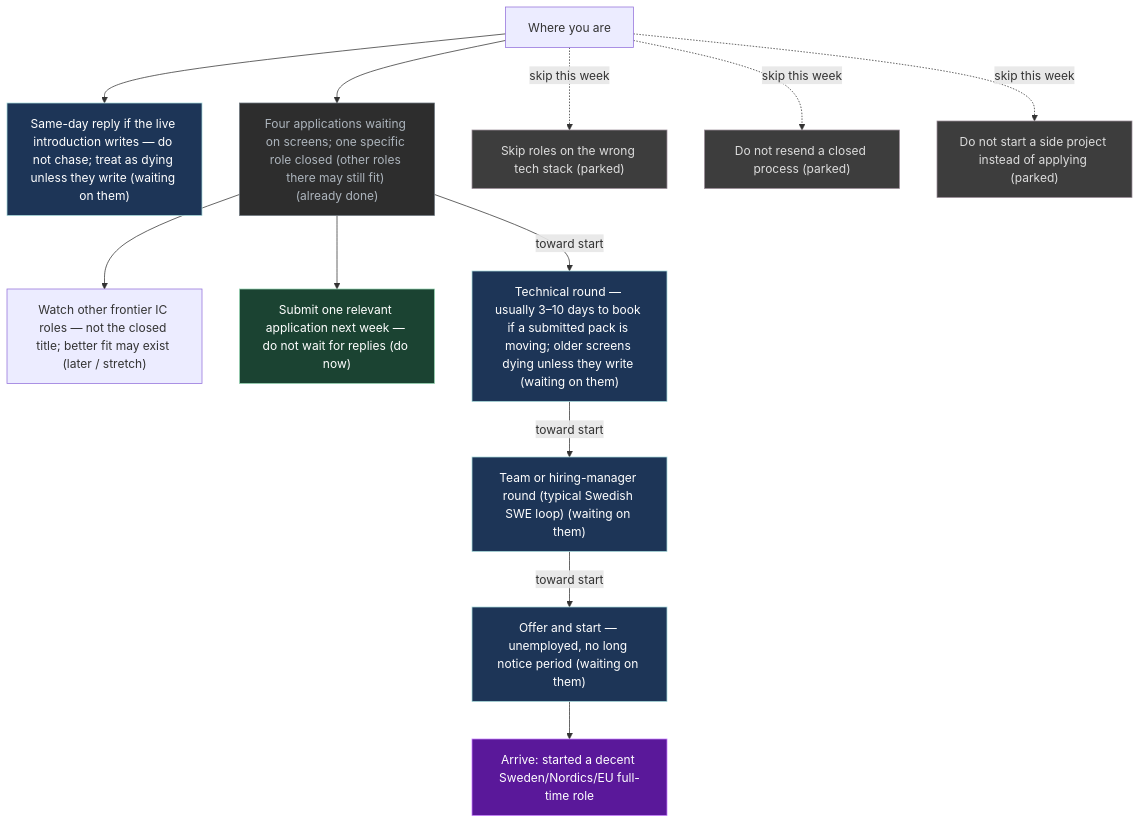
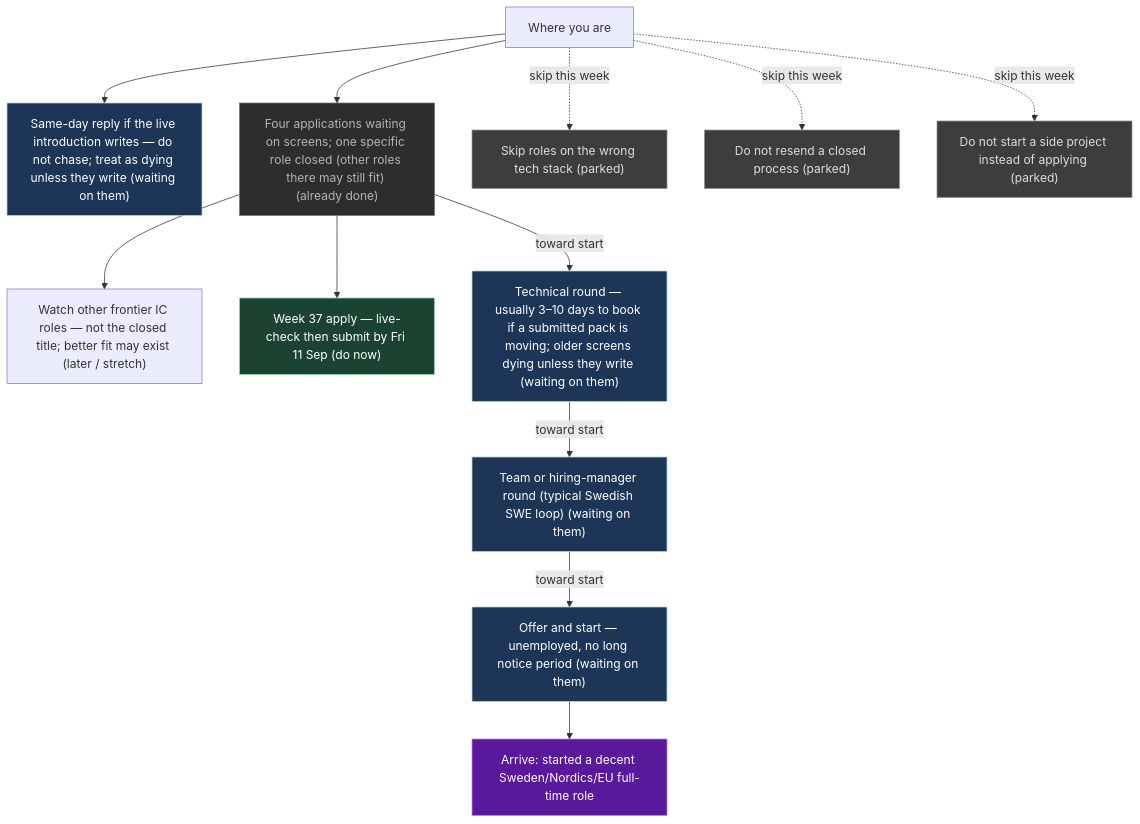
The diagram in UI/Mission.md (p10ns11y/life-os), drawn with Mermaid before and after one commit. The commit also changed other lines of this file and 5 other files, not shown here.

First line of the commit message:
chore(life-os): W36 close weekly + Mission/Map/Graph (#3)

````diff
--- a/UI/Mission.md
+++ b/UI/Mission.md
@@ -66,36 +66,36 @@
 ```mermaid
 flowchart TB
   x["Where you are"]
   G["Arrive: started a decent Sweden/Nordics/EU full-time role"]
   S0["Same-day reply if the live introduction writes — do not chase; treat as dying unless they write (waiting on them)"]
   S1["Four applications waiting on screens; one specific role closed (other roles there may still fit) (already done)"]
   S2["Watch other frontier IC roles — not the closed title; better fit may exist (later / stretch)"]
-  S3["Submit one relevant application next week — do not wait for replies (do now)"]
+  S3["Week 37 apply — live-check then submit by Fri 11 Sep (do now)"]
   S4["Technical round — usually 3–10 days to book if a submitted pack is moving; older screens dying unless they write (waiting on them)"]
   S4b["Team or hiring-manager round (typical Swedish SWE loop) (waiting on them)"]
   S5["Offer and start — unemployed, no long notice period (waiting on them)"]
   P1["Skip roles on the wrong tech stack (parked)"]
   P2["Do not resend a closed process (parked)"]
   P3["Do not start a side project instead of applying (parked)"]
   x --> S0
   x --> S1
   S1 --> S2
   S1 --> S3
   S1 -->|"toward start"| S4
   S4 -->|"toward start"| S4b
   S4b -->|"toward start"| S5
   x -.->|"skip this week"| P1
   x -.->|"skip this week"| P2
   x -.->|"skip this week"| P3
   S5 --> G
   classDef do fill:#1b4332,stroke:#95d5b2,color:#fff
   classDef wait fill:#1d3557,stroke:#a8dadc,color:#fff
   classDef park fill:#3d3d3d,stroke:#9a8c98,color:#ddd
   classDef done fill:#2d2d2d,stroke:#6c757d,color:#adb5bd
   classDef goal fill:#5a189a,stroke:#c77dff,color:#fff
   class G goal
   class S3 do
   class S0,S4,S4b,S5 wait
   class P1,P2,P3 park
   class S1 done
 ```
````
